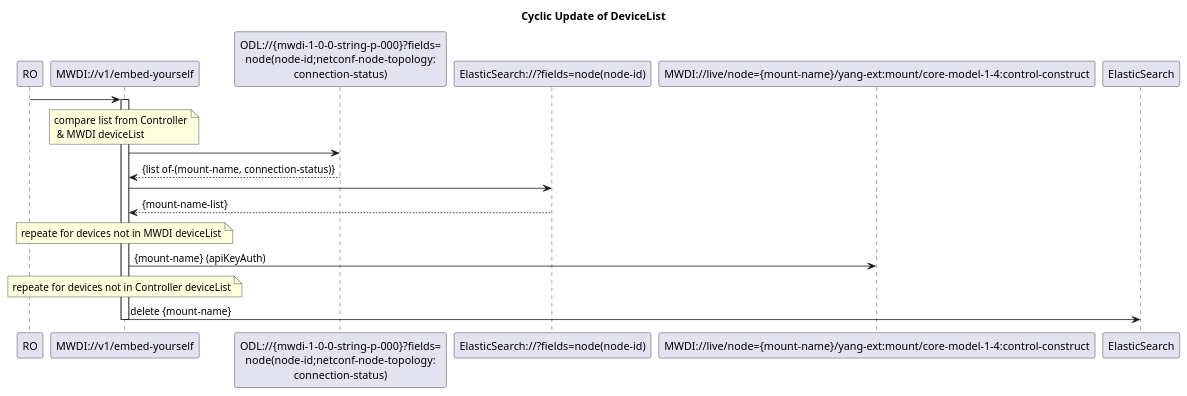
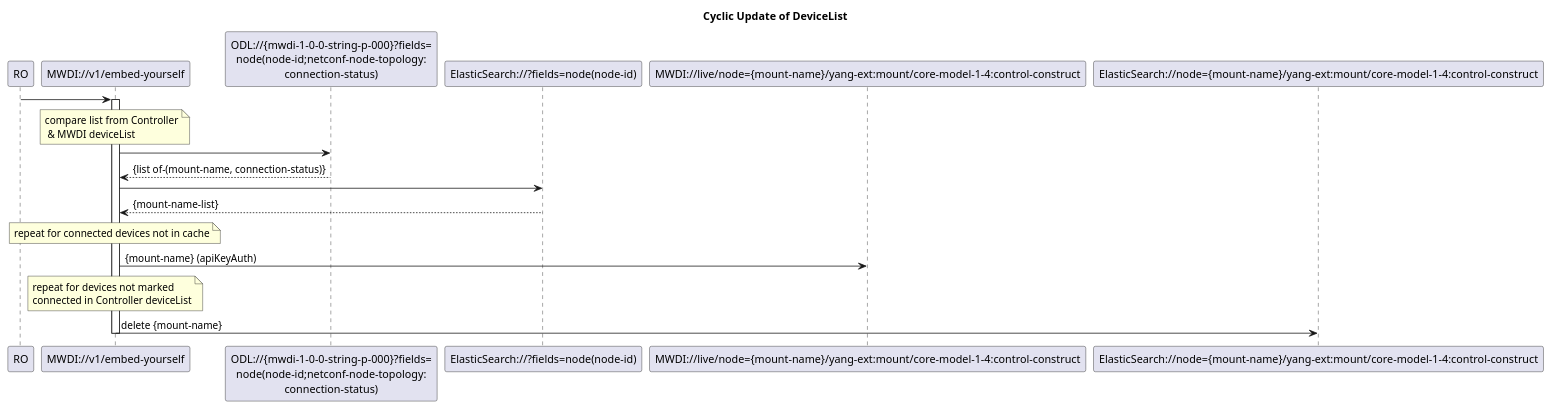
One commit to openBackhaul/MicroWaveDeviceInventory changed the diagram in spec/diagrams/00x_CyclicOperationBasedDeviceListSync.plantuml. Above: the diagram before and after it, drawn with PlantUML. The commit also changed 2 other files, not shown here.

Commit message:
Create ForwardingList for 00x and 01x diagrams

```diff
--- a/spec/diagrams/00x_CyclicOperationBasedDeviceListSync.plantuml
+++ b/spec/diagrams/00x_CyclicOperationBasedDeviceListSync.plantuml
@@ -1,32 +1,32 @@
 @startuml 00x_CyclicOperationBasedDeviceListSync
 skinparam responseMessageBelowArrow true
 
 title  Cyclic Update of DeviceList
 
 participant "RO" as ro
 participant "MWDI://v1/embed-yourself" as mwdi
 participant "ODL://{mwdi-1-0-0-string-p-000}?fields=\nnode(node-id;netconf-node-topology:\nconnection-status)" as odlConnectionStatus
 participant "ElasticSearch://?fields=node(node-id)" as ConnectedDeviceList
 participant "MWDI://live/node={mount-name}/yang-ext:mount/core-model-1-4:control-construct" as ControlConstruct
-participant "ElasticSearch" as es
+participant "ElasticSearch://node={mount-name}/yang-ext:mount/core-model-1-4:control-construct" as es
 
 ro -> mwdi
 activate mwdi
 
 note over mwdi: compare list from Controller\n & MWDI deviceList
 'get deviceList from Controller
 mwdi -> odlConnectionStatus
 odlConnectionStatus --> mwdi: {list of-(mount-name, connection-status)}
 
 'get MWDI deviceList from ElasticSearch
 mwdi -> ConnectedDeviceList
 ConnectedDeviceList --> mwdi: {mount-name-list}
 
-note over mwdi: repeate for devices not in MWDI deviceList
+note over mwdi: repeat for connected devices not in cache
 mwdi -> ControlConstruct: {mount-name} (apiKeyAuth)
 
-note over mwdi: repeate for devices not in Controller deviceList
+note over mwdi: repeat for devices not marked \nconnected in Controller deviceList
 mwdi -> es: delete {mount-name}
 deactivate mwdi
 
 @enduml
```
